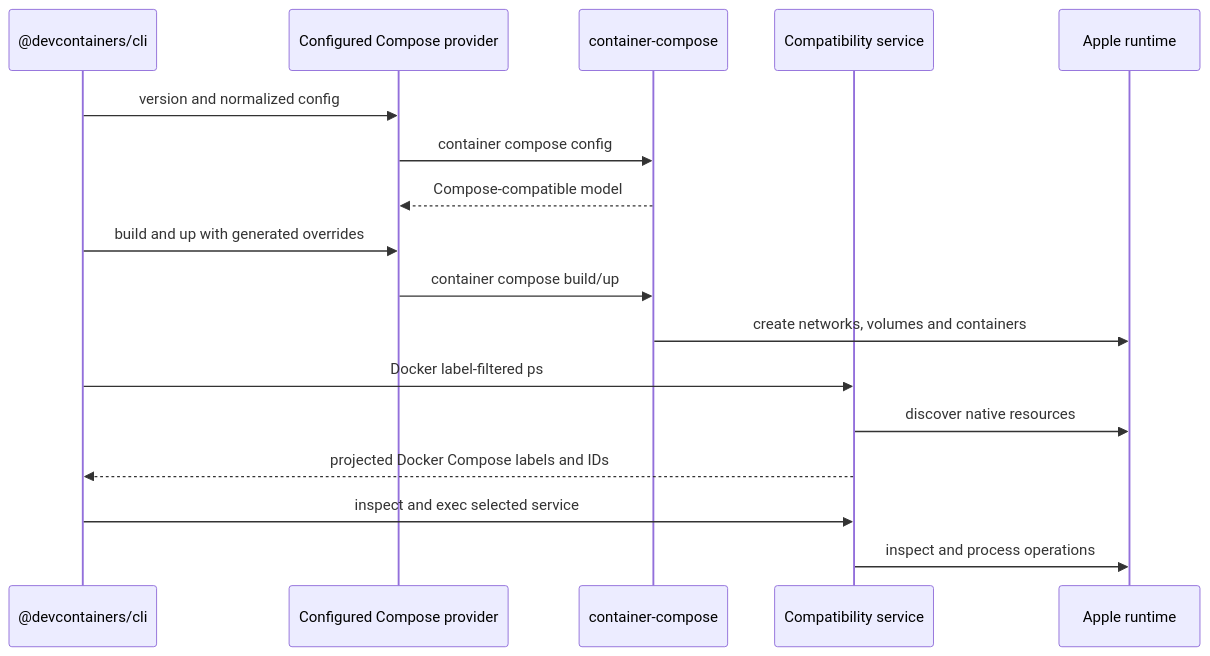
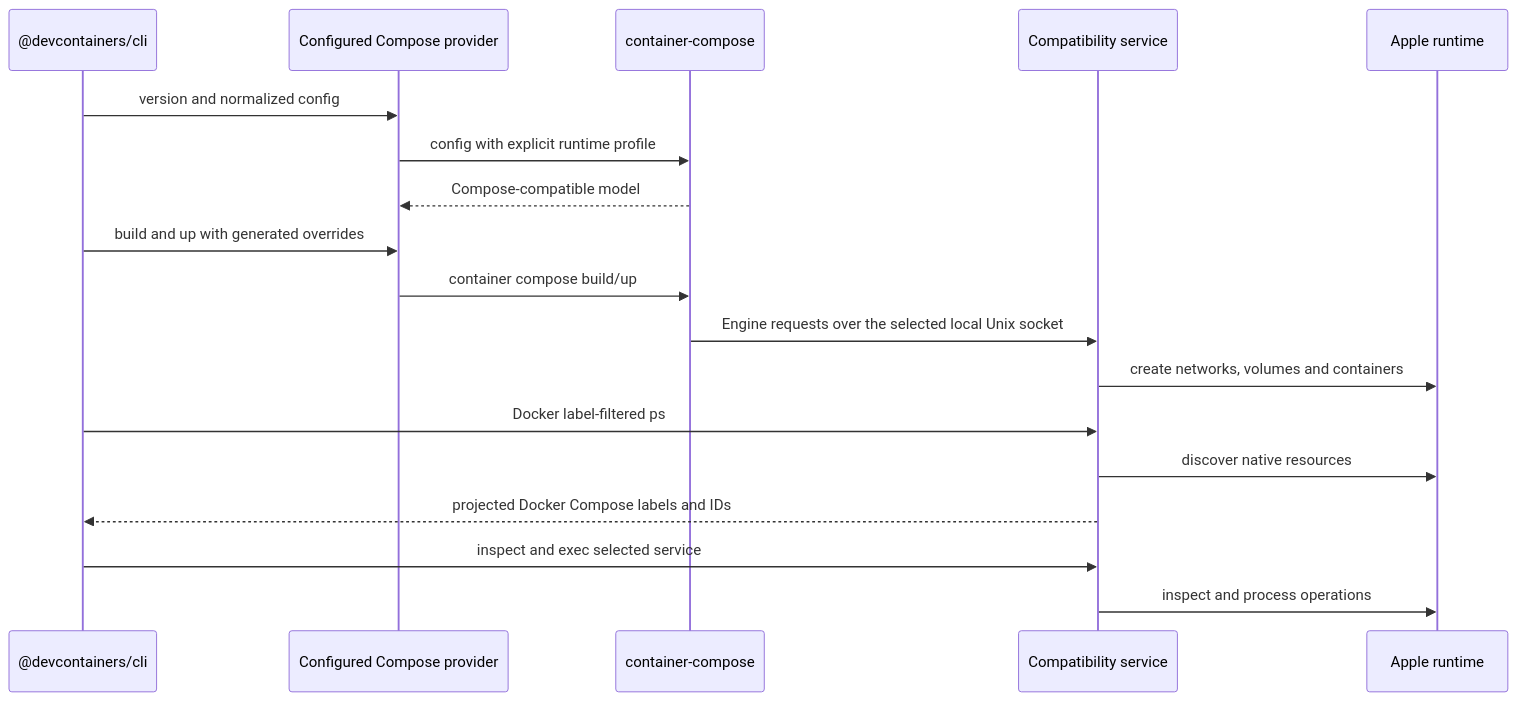
One commit to stephenlclarke/devcontainer changed the fifth of 6 diagrams in DESIGN.md. Above: the diagram before and after it, drawn with Mermaid. The commit also changed other lines of this file and 43 other files, not shown here.

````diff
--- a/DESIGN.md
+++ b/DESIGN.md
@@ -293,20 +300,21 @@
 ```mermaid
 sequenceDiagram
     participant DC as @devcontainers/cli
     participant CP as Configured Compose provider
     participant CC as container-compose
     participant S as Compatibility service
     participant R as Apple runtime
 
     DC->>CP: version and normalized config
-    CP->>CC: container compose config
+    CP->>CC: config with explicit runtime profile
     CC-->>CP: Compose-compatible model
     DC->>CP: build and up with generated overrides
     CP->>CC: container compose build/up
-    CC->>R: create networks, volumes and containers
+    CC->>S: Engine requests over the selected local Unix socket
+    S->>R: create networks, volumes and containers
     DC->>S: Docker label-filtered ps
     S->>R: discover native resources
     S-->>DC: projected Docker Compose labels and IDs
     DC->>S: inspect and exec selected service
     S->>R: inspect and process operations
 ```
````
